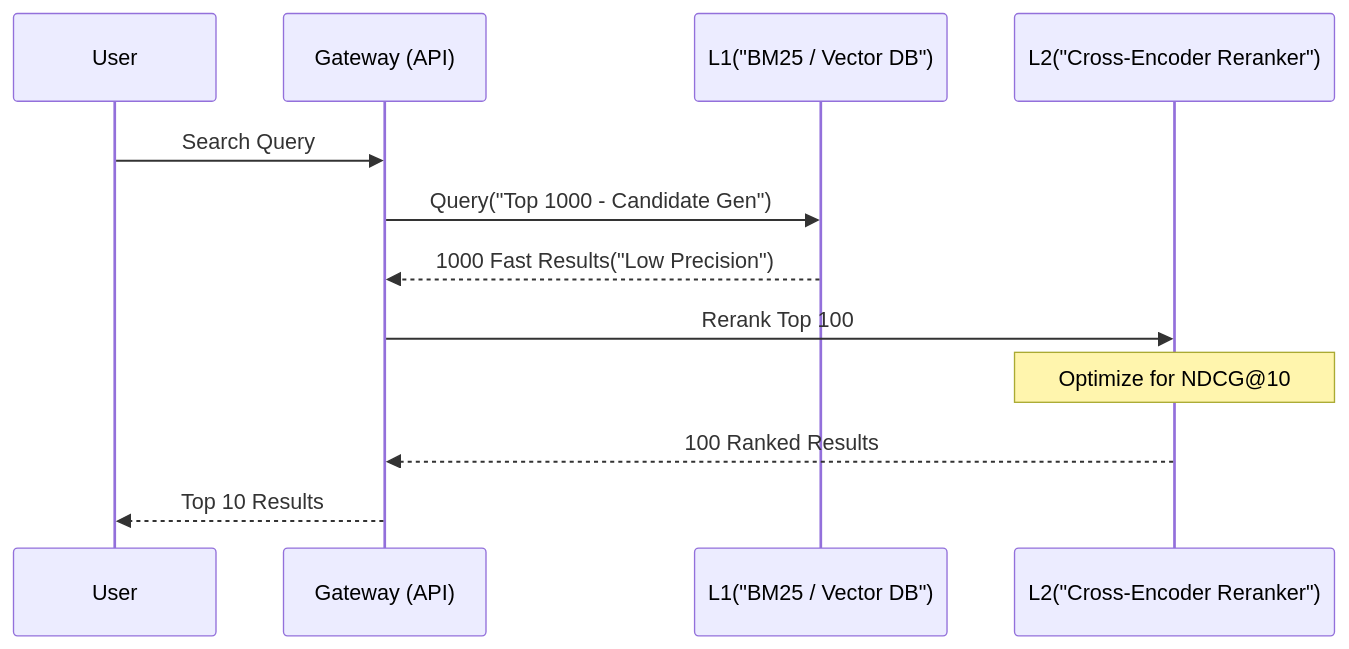
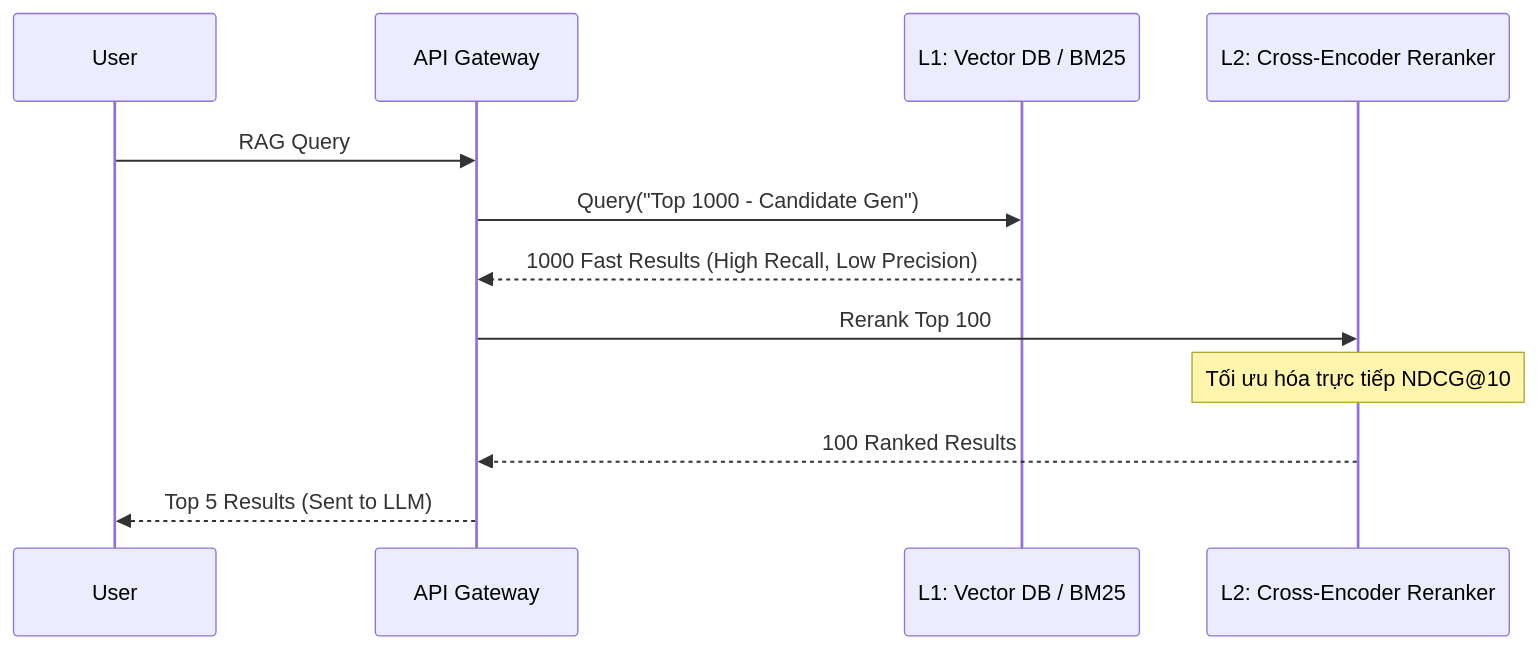
The diagram in src/content/docs/concepts/9-genai-machine-learning/ndcg.md (kythuatdulieu/kythuatdulieu.github.io), drawn with Mermaid before and after one commit. The commit also changed other lines of this file and 213 other files, not shown here.

Commit message:
Fix syntax and rewrite 200+ concepts docs to deep-dive system architecture and add GA4 tracking to quiz app

````diff
--- a/src/content/docs/concepts/9-genai-machine-learning/ndcg.md
+++ b/src/content/docs/concepts/9-genai-machine-learning/ndcg.md
@@ -22,15 +52,15 @@
 ```mermaid
 sequenceDiagram
     participant User
-    participant Gateway (API)
-    participant L1("BM25 / Vector DB")
-    participant L2("Cross-Encoder Reranker")
+    participant API Gateway
+    participant L1 as L1: Vector DB / BM25
+    participant L2 as L2: Cross-Encoder Reranker
     
-    User->>Gateway (API): Search Query
-    Gateway (API)->>L1("BM25 / Vector DB"): Query("Top 1000 - Candidate Gen")
-    L1("BM25 / Vector DB")-->>Gateway (API): 1000 Fast Results("Low Precision")
-    Gateway (API)->>L2("Cross-Encoder Reranker"): Rerank Top 100
-    Note over L2("Cross-Encoder Reranker"): Optimize for NDCG@10
-    L2("Cross-Encoder Reranker")-->>Gateway (API): 100 Ranked Results
-    Gateway (API)-->>User: Top 10 Results
+    User->>API Gateway: RAG Query
+    API Gateway->>L1: Query("Top 1000 - Candidate Gen")
+    L1-->>API Gateway: 1000 Fast Results (High Recall, Low Precision)
+    API Gateway->>L2: Rerank Top 100 
+    Note over L2: Tối ưu hóa trực tiếp NDCG@10
+    L2-->>API Gateway: 100 Ranked Results
+    API Gateway-->>User: Top 5 Results (Sent to LLM)
 ```
````
